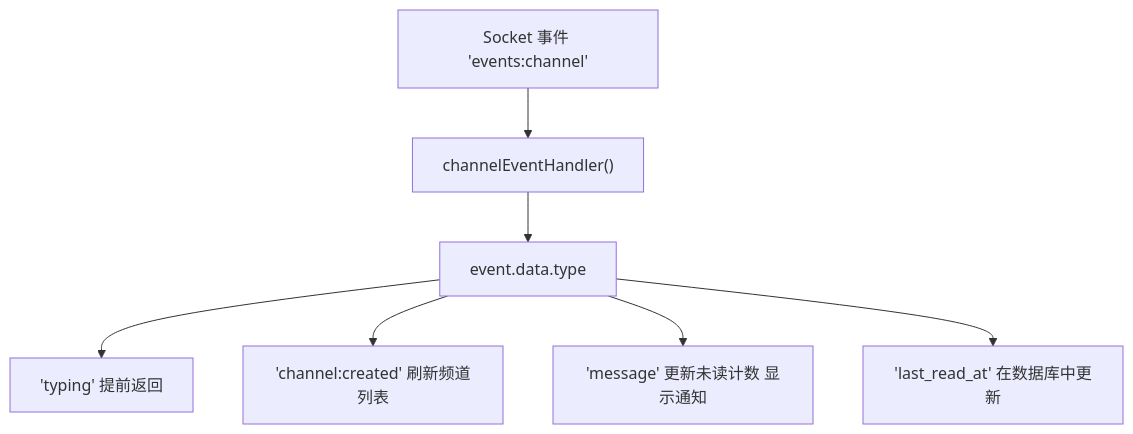
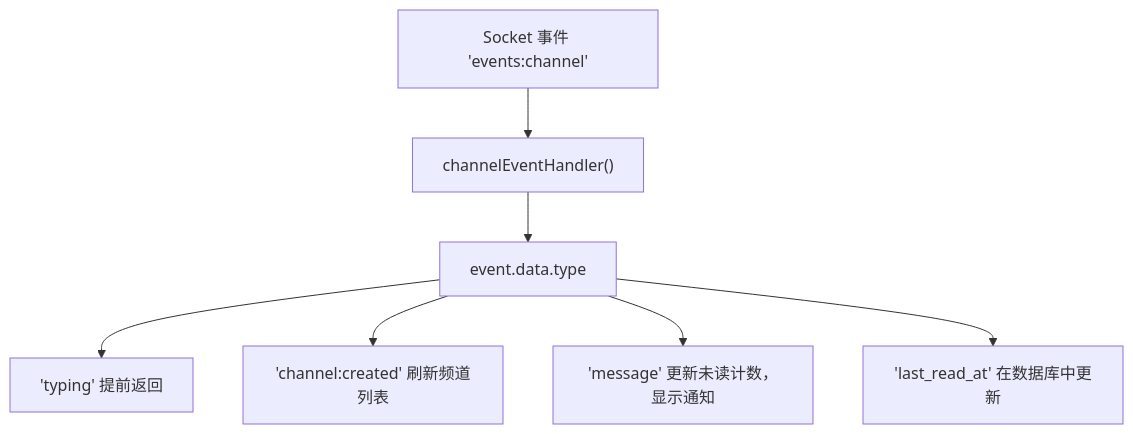
Before and after one commit to Chesszyh/Wiki: the third of 10 diagrams in tests/open-webui_deepwiki/zh/16-real-time-communication.md, drawn with Mermaid. The commit also changed other lines of this file and 234 other files, not shown here.

````diff
--- a/tests/open-webui_deepwiki/zh/16-real-time-communication.md
+++ b/tests/open-webui_deepwiki/zh/16-real-time-communication.md
@@ -167,17 +167,17 @@
 ```mermaid
 flowchart TD
     SocketEvent["Socket 事件 'events:channel'"]
     Handler["channelEventHandler()"]
     TypeCheck["event.data.type"]
     Typing["'typing' 提前返回"]
     ChannelCreated["'channel:created' 刷新频道列表"]
-    Message["'message' 更新未读计数 显示通知"]
+    Message["'message' 更新未读计数，显示通知"]
     LastRead["'last_read_at' 在数据库中更新"]
 
     SocketEvent --> Handler
     Handler --> TypeCheck
     TypeCheck --> Typing
     TypeCheck --> ChannelCreated
     TypeCheck --> Message
     TypeCheck --> LastRead
 ```
````
